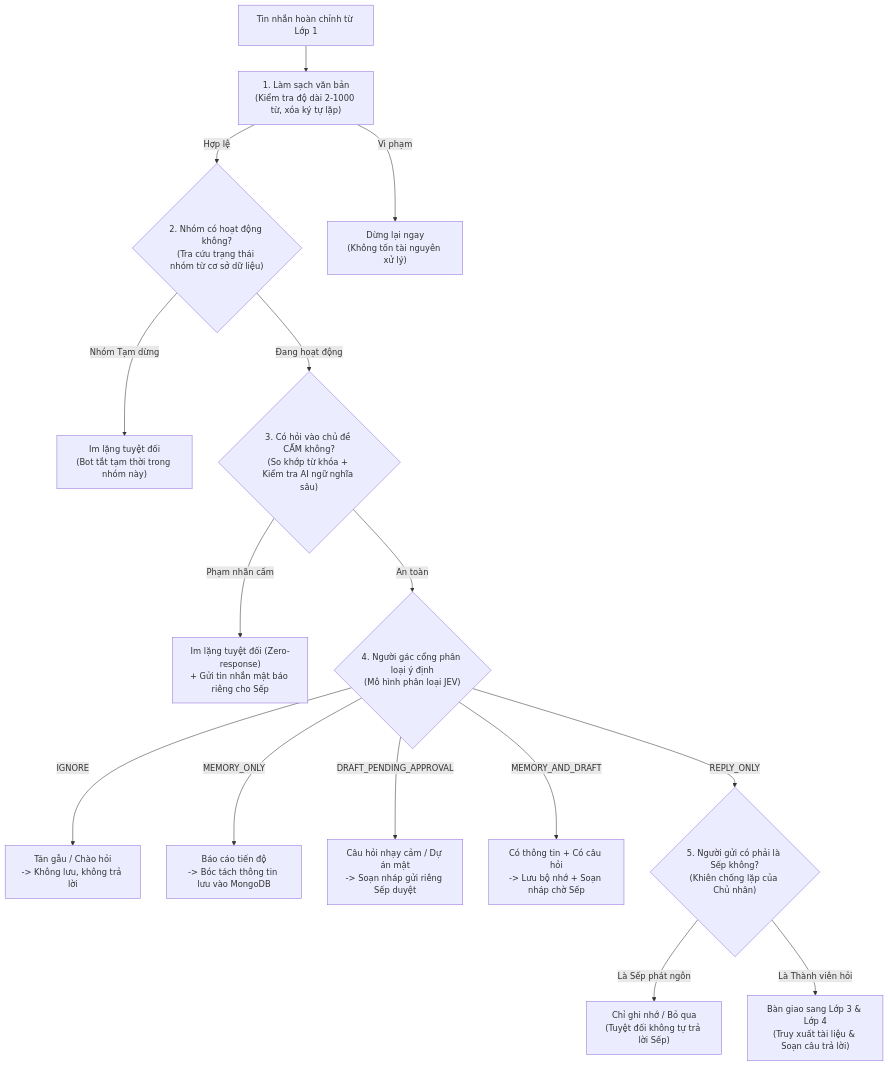
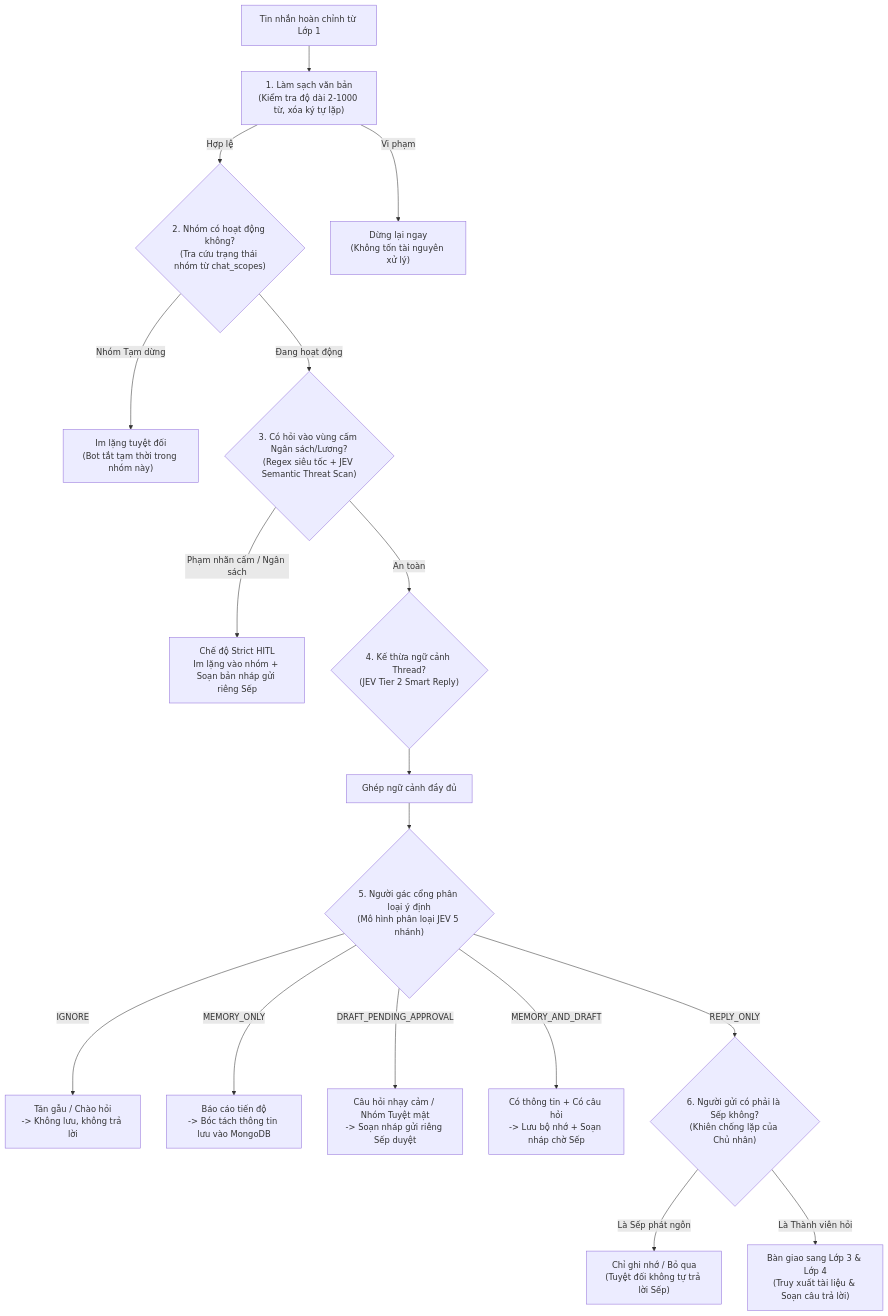
The diagram in server/docs/layer2/layer2.md (tetsde/LarkAssistant), drawn with Mermaid before and after one commit. The commit also changed other lines of this file and 10 other files, not shown here.

Commit message:
docs: update system architecture documentation across 4 layers, LarkBase, and Onboarding

````diff
--- a/server/docs/layer2/layer2.md
+++ b/server/docs/layer2/layer2.md
@@ -28,21 +27,23 @@
 ```mermaid
 flowchart TD
     In["Tin nhắn hoàn chỉnh từ Lớp 1"] --> C1["1. Làm sạch văn bản<br/>(Kiểm tra độ dài 2-1000 từ, xóa ký tự lặp)"]
-    C1 -->|Hợp lệ| C2{"2. Nhóm có hoạt động không?<br/>(Tra cứu trạng thái nhóm từ cơ sở dữ liệu)"}
+    C1 -->|Hợp lệ| C2{"2. Nhóm có hoạt động không?<br/>(Tra cứu trạng thái nhóm từ chat_scopes)"}
     C1 -->|Vi phạm| Drop1["Dừng lại ngay<br/>(Không tốn tài nguyên xử lý)"]
     
     C2 -->|Nhóm Tạm dừng| Drop2["Im lặng tuyệt đối<br/>(Bot tắt tạm thời trong nhóm này)"]
-    C2 -->|Đang hoạt động| C3{"3. Có hỏi vào chủ đề CẤM không?<br/>(So khớp từ khóa + Kiểm tra AI ngữ nghĩa sâu)"}
+    C2 -->|Đang hoạt động| C3{"3. Có hỏi vào vùng cấm Ngân sách/Lương?<br/>(Regex siêu tốc + JEV Semantic Threat Scan)"}
     
-    C3 -->|Phạm nhãn cấm| SilentAlert["Im lặng tuyệt đối (Zero-response)<br/>+ Gửi tin nhắn mật báo riêng cho Sếp"]
-    C3 -->|An toàn| C4{"4. Người gác cổng phân loại ý định<br/>(Mô hình phân loại JEV)"}
+    C3 -->|Phạm nhãn cấm / Ngân sách| StrictHITL["Chế độ Strict HITL<br/>Im lặng vào nhóm + Soạn bản nháp gửi riêng Sếp"]
+    C3 -->|An toàn| C4{"4. Kế thừa ngữ cảnh Thread?<br/>(JEV Tier 2 Smart Reply)"}
     
-    C4 -->|IGNORE| Discard["Tán gẫu / Chào hỏi<br/>-> Không lưu, không trả lời"]
-    C4 -->|MEMORY_ONLY| Mem["Báo cáo tiến độ<br/>-> Bóc tách thông tin lưu vào MongoDB"]
-    C4 -->|DRAFT_PENDING_APPROVAL| Draft["Câu hỏi nhạy cảm / Dự án mật<br/>-> Soạn nháp gửi riêng Sếp duyệt"]
-    C4 -->|MEMORY_AND_DRAFT| Both["Có thông tin + Có câu hỏi<br/>-> Lưu bộ nhớ + Soạn nháp chờ Sếp"]
-    C4 -->|REPLY_ONLY| C5{"5. Người gửi có phải là Sếp không?<br/>(Khiên chống lặp của Chủ nhân)"}
+    C4 --> ContextReady["Ghép ngữ cảnh đầy đủ"] --> C5{"5. Người gác cổng phân loại ý định<br/>(Mô hình phân loại JEV 5 nhánh)"}
     
-    C5 -->|Là Sếp phát ngôn| Shield["Chỉ ghi nhớ / Bỏ qua<br/>(Tuyệt đối không tự trả lời Sếp)"]
-    C5 -->|Là Thành viên hỏi| Out["Bàn giao sang Lớp 3 & Lớp 4<br/>(Truy xuất tài liệu & Soạn câu trả lời)"]
+    C5 -->|IGNORE| Discard["Tán gẫu / Chào hỏi<br/>-> Không lưu, không trả lời"]
+    C5 -->|MEMORY_ONLY| Mem["Báo cáo tiến độ<br/>-> Bóc tách thông tin lưu vào MongoDB"]
+    C5 -->|DRAFT_PENDING_APPROVAL| Draft["Câu hỏi nhạy cảm / Nhóm Tuyệt mật<br/>-> Soạn nháp gửi riêng Sếp duyệt"]
+    C5 -->|MEMORY_AND_DRAFT| Both["Có thông tin + Có câu hỏi<br/>-> Lưu bộ nhớ + Soạn nháp chờ Sếp"]
+    C5 -->|REPLY_ONLY| C6{"6. Người gửi có phải là Sếp không?<br/>(Khiên chống lặp của Chủ nhân)"}
+    
+    C6 -->|Là Sếp phát ngôn| Shield["Chỉ ghi nhớ / Bỏ qua<br/>(Tuyệt đối không tự trả lời Sếp)"]
+    C6 -->|Là Thành viên hỏi| Out["Bàn giao sang Lớp 3 & Lớp 4<br/>(Truy xuất tài liệu & Soạn câu trả lời)"]
 ```
````
